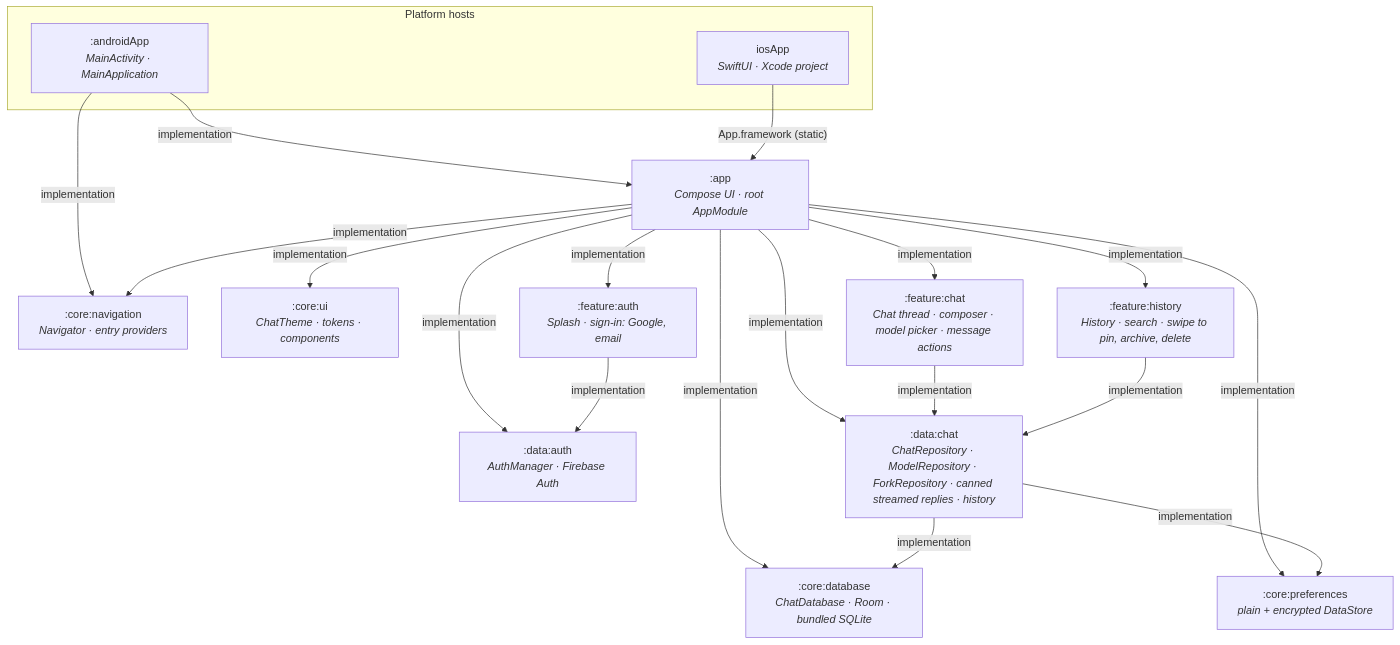
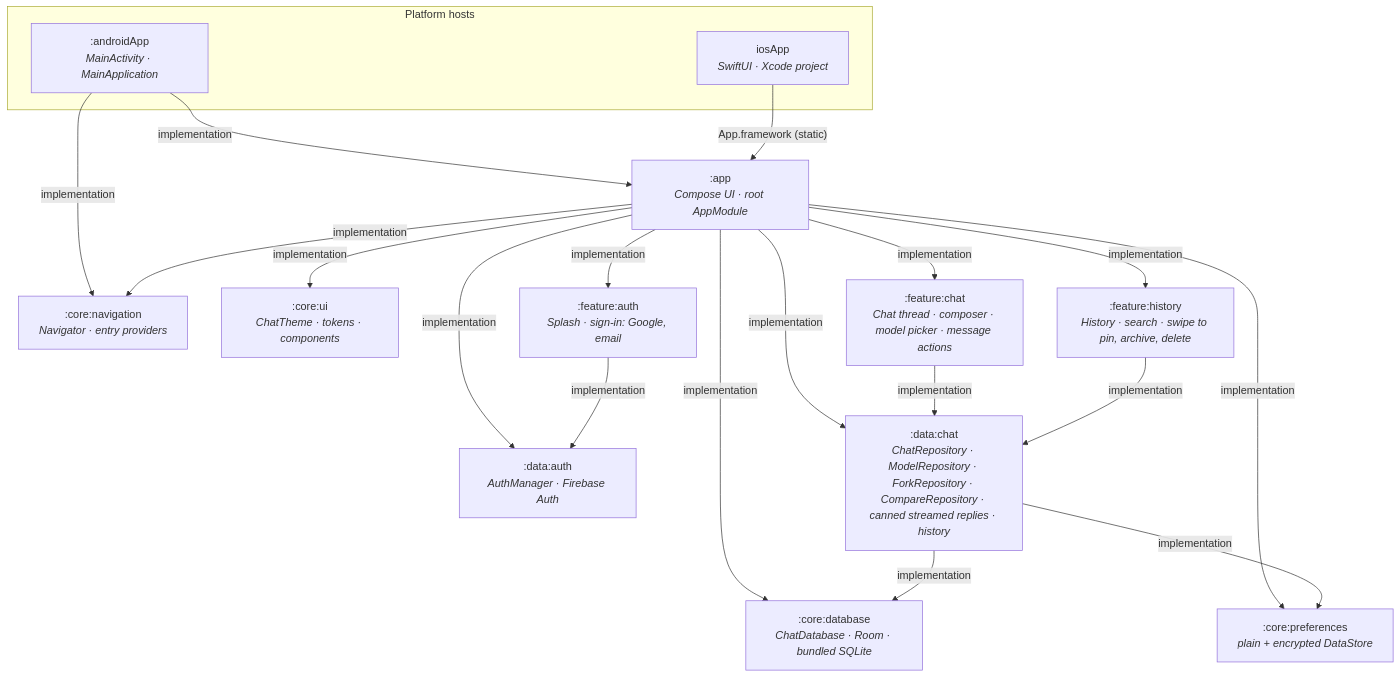
One commit to weslley-poatek/chat changed the diagram in README.md. Above: the diagram before and after it, drawn with Mermaid. The commit also changed other lines of this file and 46 other files, not shown here.

Commit message:
✨ feat: Add compare mode's version 6 columns, compare pairs and continuing with one side to core:database and data:chat.

````diff
--- a/README.md
+++ b/README.md
@@ -93,36 +94,36 @@
 ```mermaid
 flowchart TD
     subgraph hosts ["Platform hosts"]
         androidApp[":androidApp<br/><i>MainActivity · MainApplication</i>"]
         iosApp["iosApp<br/><i>SwiftUI · Xcode project</i>"]
     end
 
     app[":app<br/><i>Compose UI · root AppModule</i>"]
     db[":core:database<br/><i>ChatDatabase · Room · bundled SQLite</i>"]
     nav[":core:navigation<br/><i>Navigator · entry providers</i>"]
     prefs[":core:preferences<br/><i>plain + encrypted DataStore</i>"]
     ui[":core:ui<br/><i>ChatTheme · tokens · components</i>"]
     featureAuth[":feature:auth<br/><i>Splash · sign-in: Google, email</i>"]
     featureChat[":feature:chat<br/><i>Chat thread · composer · model picker · message actions</i>"]
     featureHistory[":feature:history<br/><i>History · search · swipe to pin, archive, delete</i>"]
     dataAuth[":data:auth<br/><i>AuthManager · Firebase Auth</i>"]
-    dataChat[":data:chat<br/><i>ChatRepository · ModelRepository · ForkRepository · canned streamed replies · history</i>"]
+    dataChat[":data:chat<br/><i>ChatRepository · ModelRepository · ForkRepository · CompareRepository · canned streamed replies · history</i>"]
 
     androidApp -- "implementation" --> app
     androidApp -- "implementation" --> nav
     iosApp -- "App.framework (static)" --> app
     app -- "implementation" --> db
     app -- "implementation" --> nav
     app -- "implementation" --> prefs
     app -- "implementation" --> ui
     app -- "implementation" --> featureAuth
     app -- "implementation" --> featureChat
     app -- "implementation" --> featureHistory
     app -- "implementation" --> dataAuth
     app -- "implementation" --> dataChat
     featureAuth -- "implementation" --> dataAuth
     featureChat -- "implementation" --> dataChat
     featureHistory -- "implementation" --> dataChat
     dataChat -- "implementation" --> db
     dataChat -- "implementation" --> prefs
 ```
````
